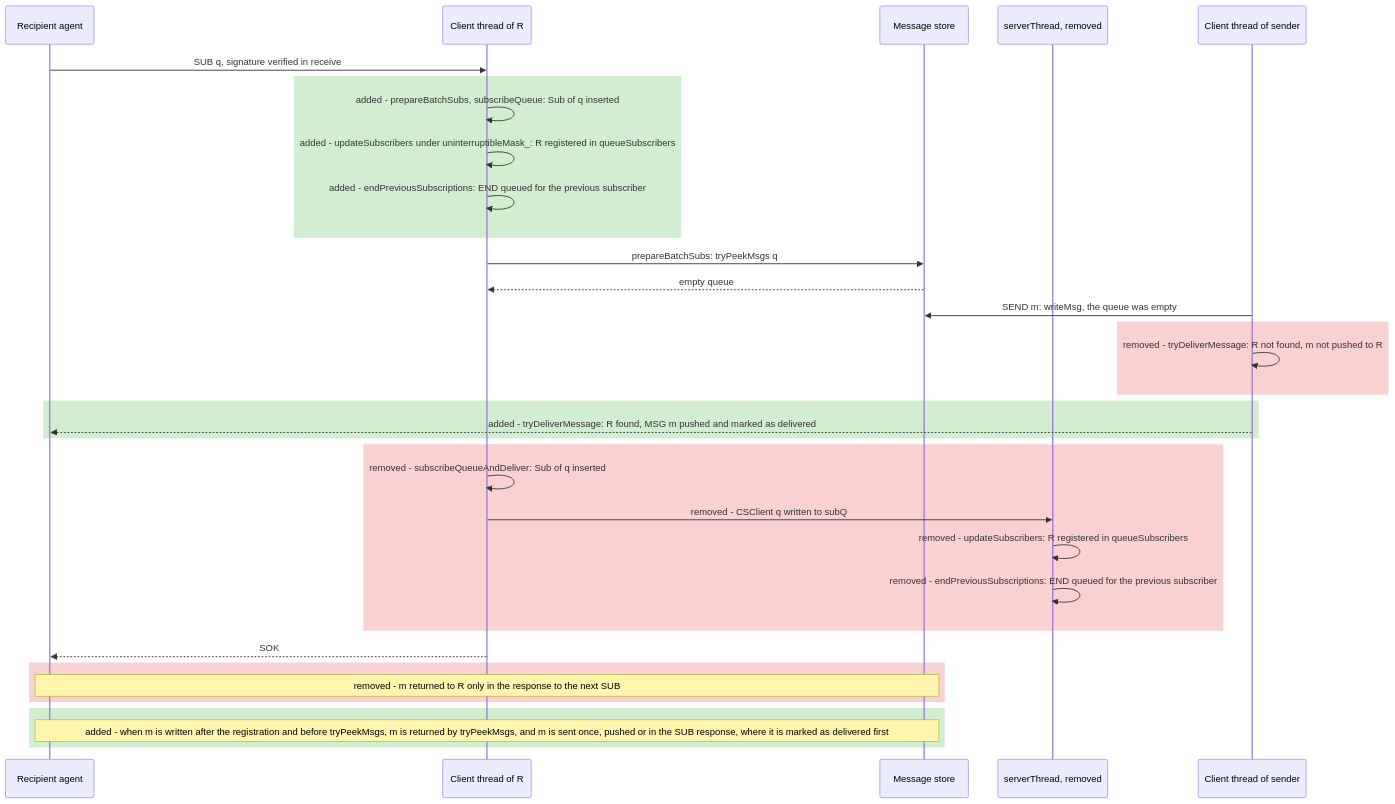
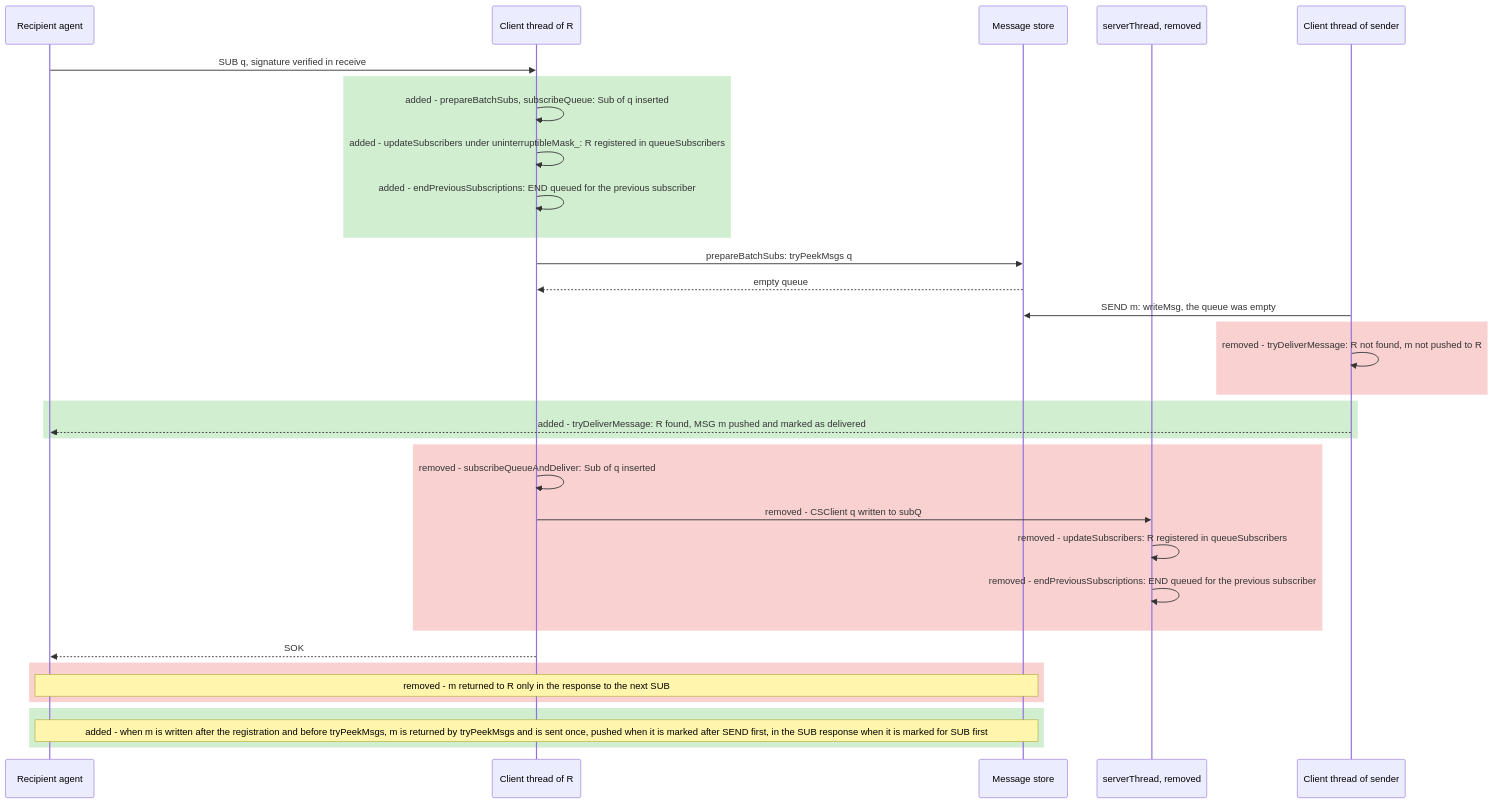
One commit to simplex-chat/simplexmq changed the second of 5 diagrams in plans/2026-10-31-sub-register-first.md. Above: the diagram before and after it, drawn with Mermaid. The commit also changed other lines of this file, not shown here.

Commit message:
plans: diagrams of a duplicate SUB and of SUBS, corrected decisions

````diff
--- a/plans/2026-10-31-sub-register-first.md
+++ b/plans/2026-10-31-sub-register-first.md
@@ -66,36 +66,36 @@
 ```mermaid
 sequenceDiagram
     participant R as Recipient agent
     participant C as Client thread of R
     participant Q as Message store
     participant T as serverThread, removed
     participant S as Client thread of sender
     R->>C: SUB q, signature verified in receive
     rect rgba(0, 160, 0, 0.18)
         C->>C: added - prepareBatchSubs, subscribeQueue: Sub of q inserted
         C->>C: added - updateSubscribers under uninterruptibleMask_: R registered in queueSubscribers
         C->>C: added - endPreviousSubscriptions: END queued for the previous subscriber
     end
     C->>Q: prepareBatchSubs: tryPeekMsgs q
     Q-->>C: empty queue
     S->>Q: SEND m: writeMsg, the queue was empty
     rect rgba(220, 0, 0, 0.18)
         S->>S: removed - tryDeliverMessage: R not found, m not pushed to R
     end
     rect rgba(0, 160, 0, 0.18)
         S-->>R: added - tryDeliverMessage: R found, MSG m pushed and marked as delivered
     end
     rect rgba(220, 0, 0, 0.18)
         C->>C: removed - subscribeQueueAndDeliver: Sub of q inserted
         C->>T: removed - CSClient q written to subQ
         T->>T: removed - updateSubscribers: R registered in queueSubscribers
         T->>T: removed - endPreviousSubscriptions: END queued for the previous subscriber
     end
     C-->>R: SOK
     rect rgba(220, 0, 0, 0.18)
         Note over R,Q: removed - m returned to R only in the response to the next SUB
     end
     rect rgba(0, 160, 0, 0.18)
-        Note over R,Q: added - when m is written after the registration and before tryPeekMsgs, m is returned by tryPeekMsgs, and m is sent once, pushed or in the SUB response, where it is marked as delivered first
+        Note over R,Q: added - when m is written after the registration and before tryPeekMsgs, m is returned by tryPeekMsgs and is sent once, pushed when it is marked after SEND first, in the SUB response when it is marked for SUB first
     end
 ```
````
